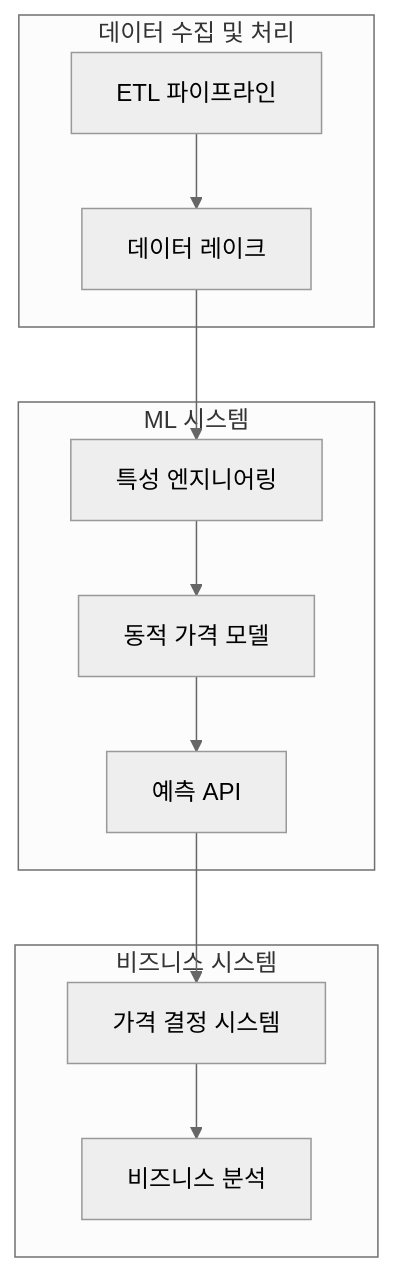
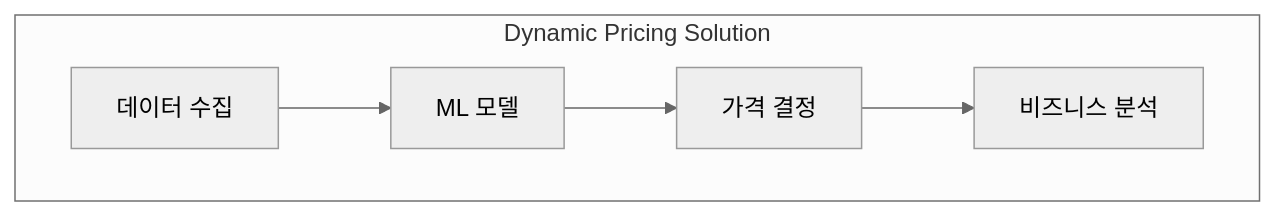
Before and after one commit to yeokyeong-yoon/yeokyeong-yoon.github.io: the first of 5 diagrams in _posts/2025-03-18-etl-pipeline.md, drawn with Mermaid (neutral theme). The commit also changed other lines of this file, not shown here.

````diff
--- a/_posts/2025-03-18-etl-pipeline.md
+++ b/_posts/2025-03-18-etl-pipeline.md
@@ -87,25 +86,13 @@
 ```mermaid
 graph TD
-    subgraph "데이터 수집 및 처리"
-        ETL[ETL 파이프라인]
-        DataLake[데이터 레이크]
-    end
-    
-    subgraph "ML 시스템"
-        Feature[특성 엔지니어링]
-        Model[동적 가격 모델]
-        API[예측 API]
-    end
-    
-    subgraph "비즈니스 시스템"
-        Pricing[가격 결정 시스템]
+    subgraph "Dynamic Pricing Solution"
+        Data[데이터 수집]
+        ML[ML 모델]
+        Price[가격 결정]
         Analytics[비즈니스 분석]
     end
     
-    ETL --> DataLake
-    DataLake --> Feature
-    Feature --> Model
-    Model --> API
-    API --> Pricing
-    Pricing --> Analytics
+    Data --> ML
+    ML --> Price
+    Price --> Analytics
 ```
````
